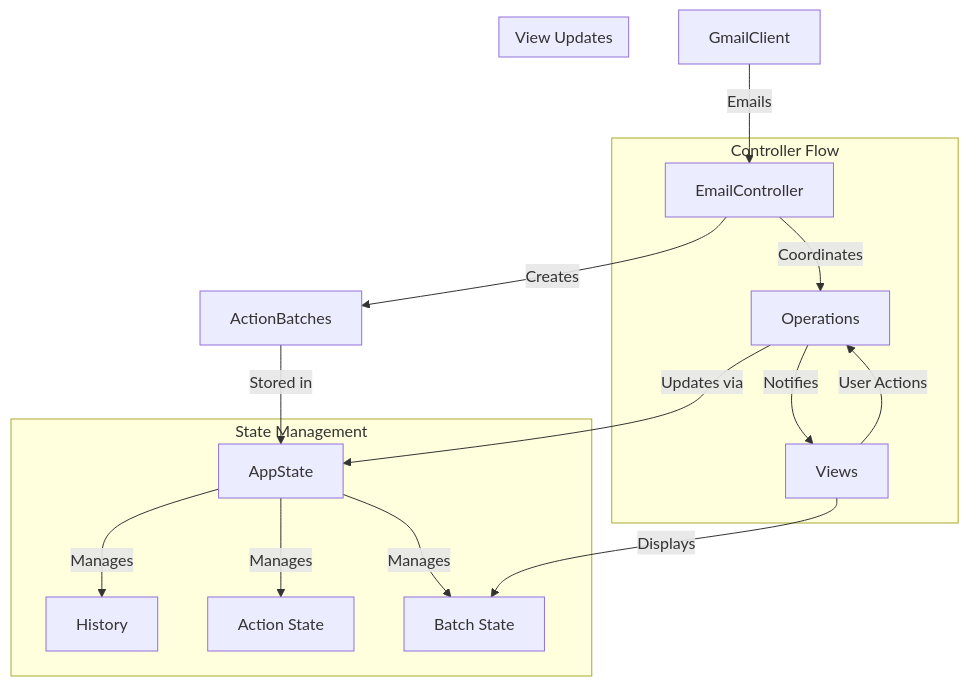
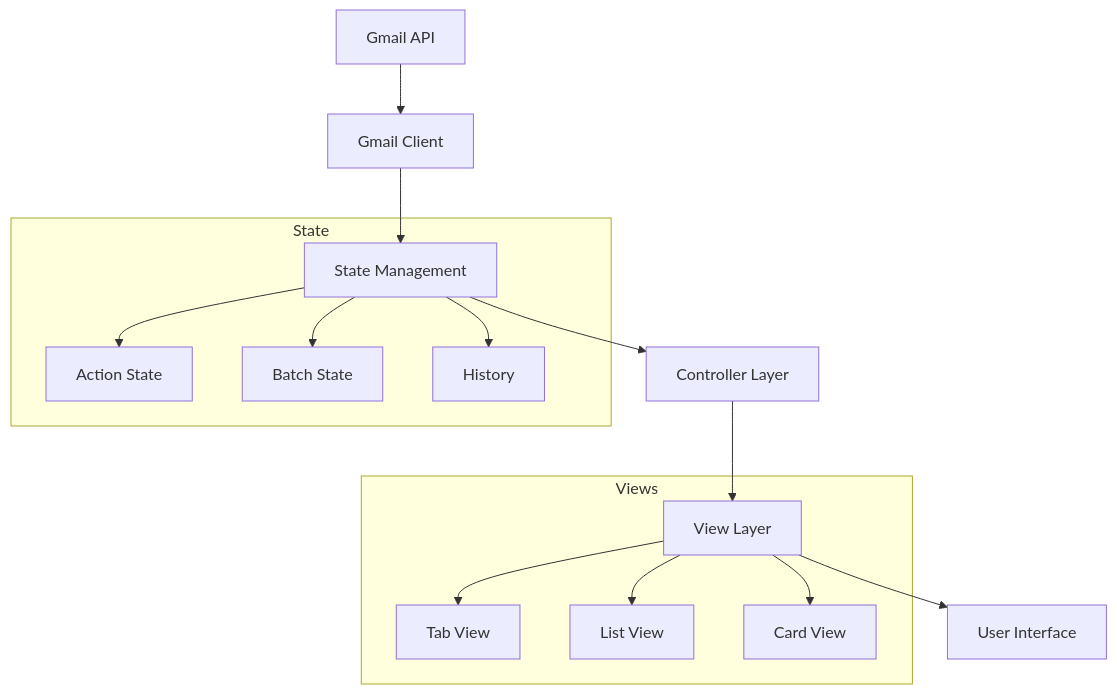
One commit to taylor1355/ai_assistant_ui changed the diagram in docs/design_document.md. Above: the diagram before and after it, drawn with Mermaid. The commit also changed other lines of this file and 7 other files, not shown here.

````diff
--- a/docs/design_document.md
+++ b/docs/design_document.md
@@ -401,23 +51,20 @@
 ```mermaid
 graph TD
-    A[GmailClient] -->|Emails| B[EmailController]
-    B -->|Creates| C[ActionBatches]
-    C -->|Stored in| D[AppState]
+    A[Gmail API] --> B[Gmail Client]
+    B --> C[State Management]
+    C --> D[Controller Layer]
+    D --> E[View Layer]
+    E --> F[User Interface]
     
-    subgraph State Management
-        D -->|Manages| E[History]
-        D -->|Manages| F[Action State]
-        D -->|Manages| G[Batch State]
+    subgraph State
+        C --> G[Action State]
+        C --> H[Batch State]
+        C --> I[History]
     end
     
-    subgraph Controller Flow
-        B -->|Coordinates| H[Operations]
-        H -->|Updates via| D
-        H -->|Notifies| I[Views]
-    end
-    
-    subgraph View Updates
-        I -->|Displays| G
-        I -->|User Actions| H
+    subgraph Views
+        E --> J[Tab View]
+        E --> K[List View]
+        E --> L[Card View]
     end
 ```
````
